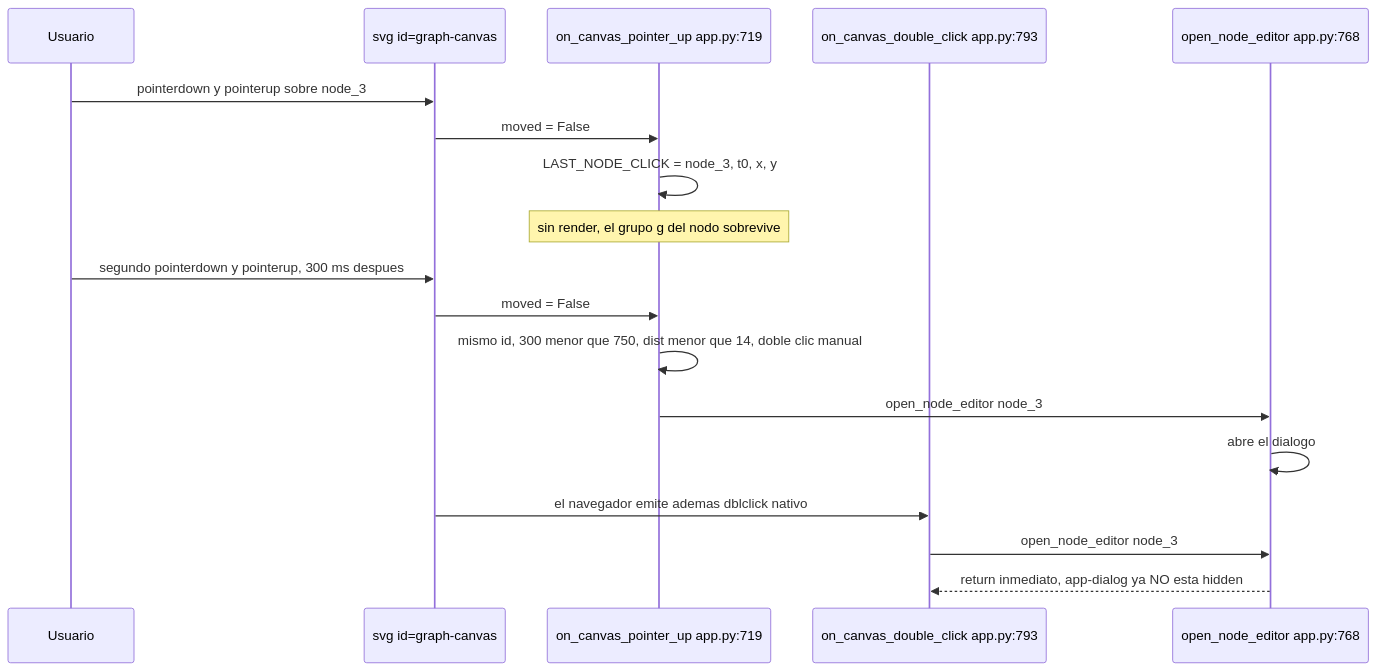
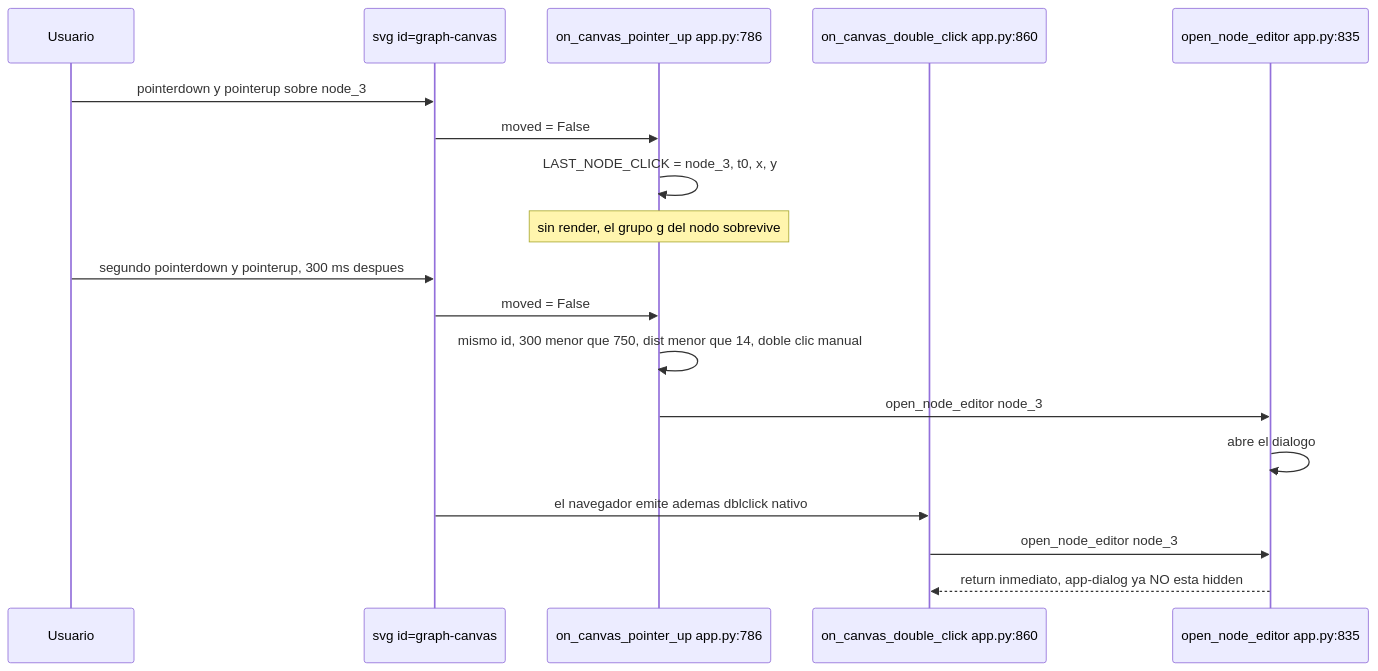
The fifth of 6 diagrams in docs/03-interfaz.md (Rou-uu/consenso-simulador), drawn with Mermaid before and after one commit. The commit also changed other lines of this file and 19 other files, not shown here.

````diff
--- a/docs/03-interfaz.md
+++ b/docs/03-interfaz.md
@@ -345,21 +345,21 @@
 ```mermaid
 sequenceDiagram
     participant U as Usuario
     participant SVG as svg id=graph-canvas
-    participant PU as on_canvas_pointer_up app.py:719
-    participant DC as on_canvas_double_click app.py:793
-    participant ED as open_node_editor app.py:768
+    participant PU as on_canvas_pointer_up app.py:786
+    participant DC as on_canvas_double_click app.py:860
+    participant ED as open_node_editor app.py:835
 
     U->>SVG: pointerdown y pointerup sobre node_3
     SVG->>PU: moved = False
     PU->>PU: LAST_NODE_CLICK = node_3, t0, x, y
     Note over PU: sin render, el grupo g del nodo sobrevive
     U->>SVG: segundo pointerdown y pointerup, 300 ms despues
     SVG->>PU: moved = False
     PU->>PU: mismo id, 300 menor que 750, dist menor que 14, doble clic manual
     PU->>ED: open_node_editor node_3
     ED->>ED: abre el dialogo
     SVG->>DC: el navegador emite ademas dblclick nativo
     DC->>ED: open_node_editor node_3
     ED-->>DC: return inmediato, app-dialog ya NO esta hidden
 ```
````
